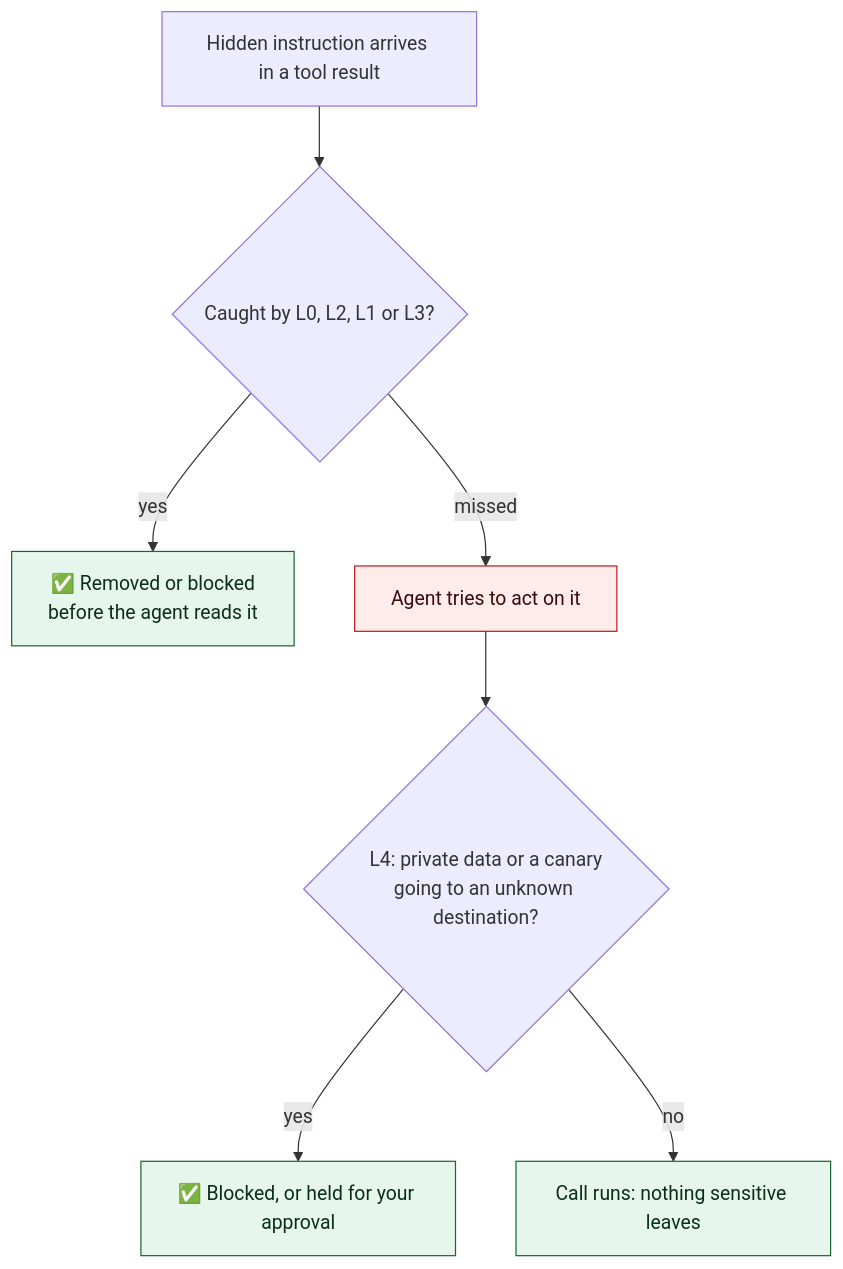
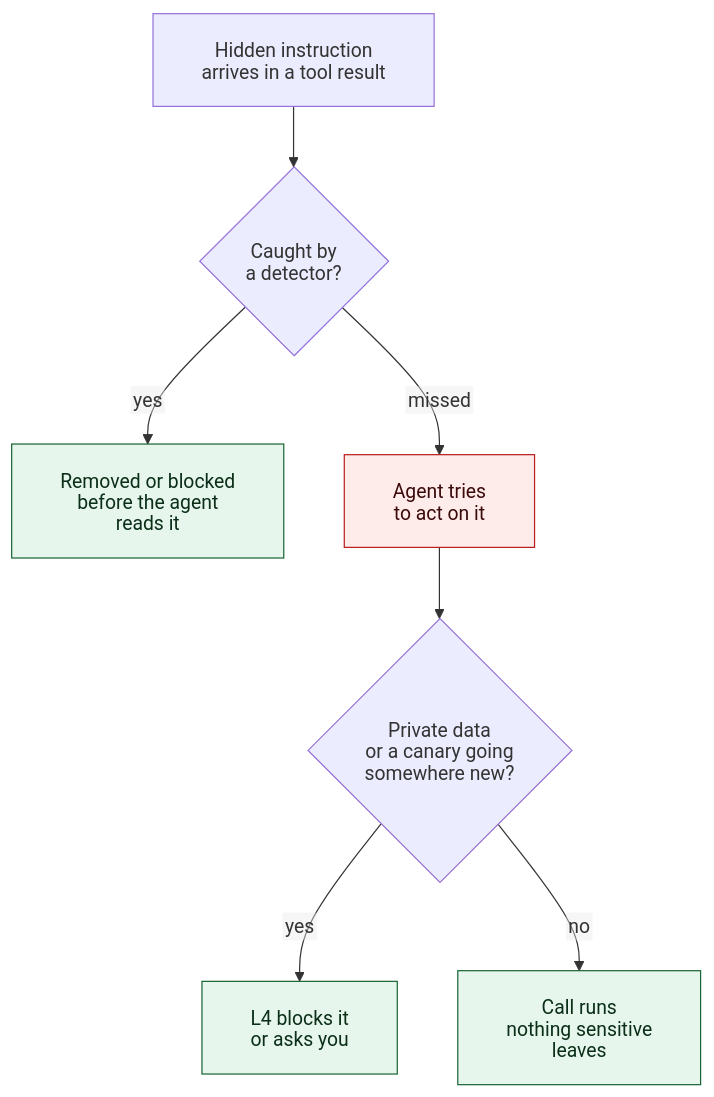
One commit to insjunaid/PromptShield changed the fourth of 4 diagrams in README.md. Above: the diagram before and after it, drawn with Mermaid. The commit also changed other lines of this file, not shown here.

First line of the commit message:
docs(readme): diagram labels no longer cut off on GitHub

````diff
--- a/README.md
+++ b/README.md
@@ -172,14 +175,15 @@
 ```mermaid
+%%{init: {"htmlLabels": false, "flowchart": {"htmlLabels": false, "padding": 20}, "themeVariables": {"fontFamily": "Verdana, Geneva, sans-serif"}} }%%
 flowchart TD
-    A["Hidden instruction arrives in a tool result"] --> B{"Caught by L0, L2, L1 or L3?"}
-    B -->|yes| C["✅ Removed or blocked<br/>before the agent reads it"]
-    B -->|missed| D["Agent tries to act on it"]
-    D --> E{"L4: private data or a canary<br/>going to an unknown destination?"}
-    E -->|yes| F["✅ Blocked, or held for your approval"]
-    E -->|no| G["Call runs: nothing sensitive leaves"]
+    A["Hidden instruction<br/>arrives in a tool result"] --> B{"Caught by<br/>a detector?"}
+    B -->|yes| C["Removed or blocked<br/>before the agent<br/>reads it"]
+    B -->|missed| D["Agent tries<br/>to act on it"]
+    D --> E{"Private data<br/>or a canary going<br/>somewhere new?"}
+    E -->|yes| F["L4 blocks it<br/>or asks you"]
+    E -->|no| G["Call runs<br/>nothing sensitive<br/>leaves"]
 
     classDef ok fill:#e7f6ec,stroke:#166534,color:#0a2e17
     classDef risk fill:#fdecea,stroke:#b91c1c,color:#3b0a0a
     class C,F,G ok
     class D risk
 ```
````
